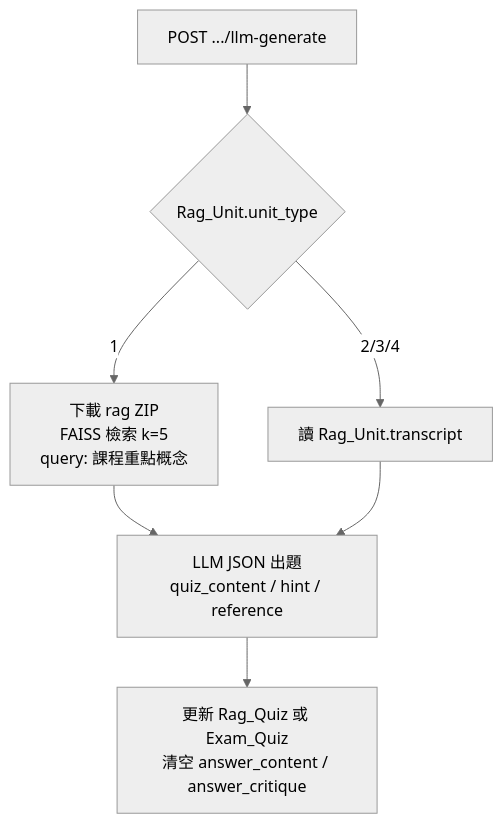
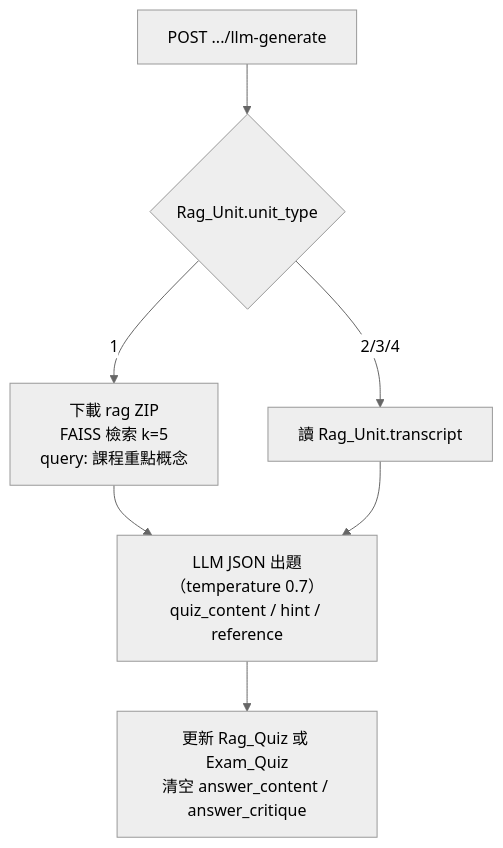
Before and after one commit to kevin7261/MyQuiz-ai-backend: the fifth of 6 diagrams in README.md, drawn with Mermaid (neutral theme). The commit also changed other lines of this file, not shown here.

````diff
--- a/README.md
+++ b/README.md
@@ -429,9 +512,9 @@
 ```mermaid
 flowchart TD
     REQ["POST .../llm-generate"] --> UT{"Rag_Unit.unit_type"}
     UT -->|1| FAISS["下載 rag ZIP<br/>FAISS 檢索 k=5<br/>query: 課程重點概念"]
     UT -->|2/3/4| TR["讀 Rag_Unit.transcript"]
-    FAISS --> LLM["LLM JSON 出題<br/>quiz_content / hint / reference"]
+    FAISS --> LLM["LLM JSON 出題（temperature 0.7）<br/>quiz_content / hint / reference"]
     TR --> LLM
     LLM --> DB["更新 Rag_Quiz 或 Exam_Quiz<br/>清空 answer_content / answer_critique"]
 ```
````
